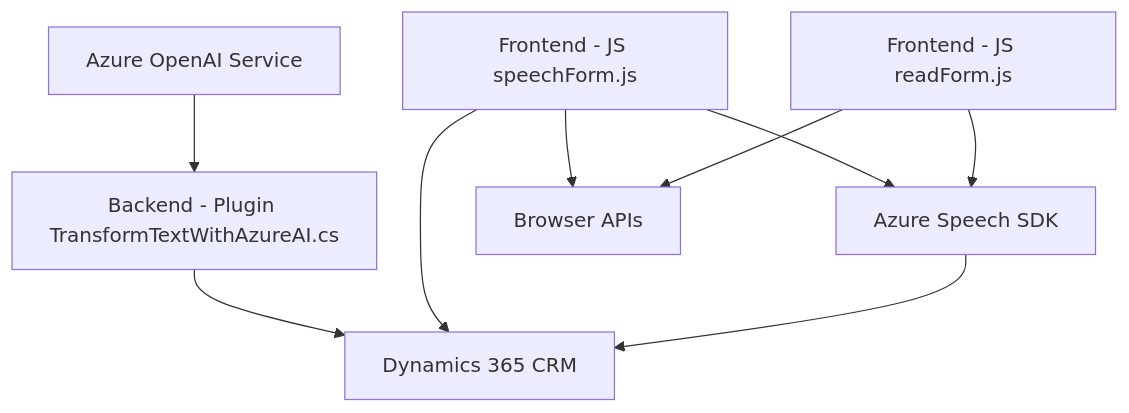
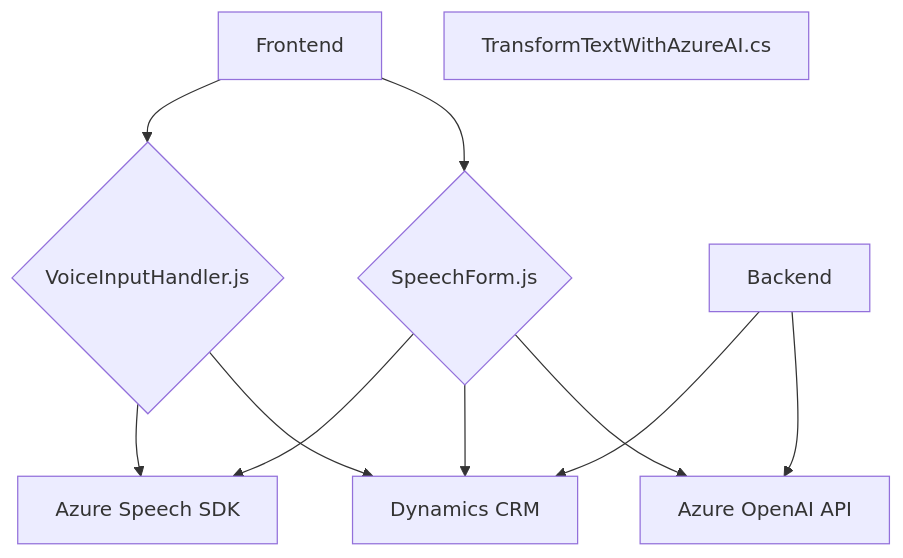
Before and after one commit to blopezdm/NETCORE_BILBAO2025: the diagram in README.md, drawn with Mermaid. The commit also changed other lines of this file, not shown here.

````diff
--- a/README.md
+++ b/README.md
@@ -62,19 +58,24 @@
 ```mermaid
 graph TD
-  A["Frontend - JS readForm.js"]
-  B["Frontend - JS speechForm.js"]
-  C["Backend - Plugin TransformTextWithAzureAI.cs"]
-  D["Azure Speech SDK"]
-  E["Azure OpenAI Service"]
-  F["Dynamics 365 CRM"]
-  G["Browser APIs"]
+    A["Frontend"]
+    B{"VoiceInputHandler.js"}
+    C{"SpeechForm.js"}
 
-  A --> D
-  B --> D
-  D --> F
-  B --> F
-  E --> C
-  C --> F
-  A --> G
-  B --> G
+    D["Backend"]
+    E["TransformTextWithAzureAI.cs"]
+
+    F["Azure Speech SDK"]
+    G["Azure OpenAI API"]
+    H["Dynamics CRM"]
+
+    A --> B
+    A --> C
+    B --> F
+    C --> F
+    C --> H
+    D --> H
+    D --> G
+
+    B --> H
+    C --> G
 ```
````
